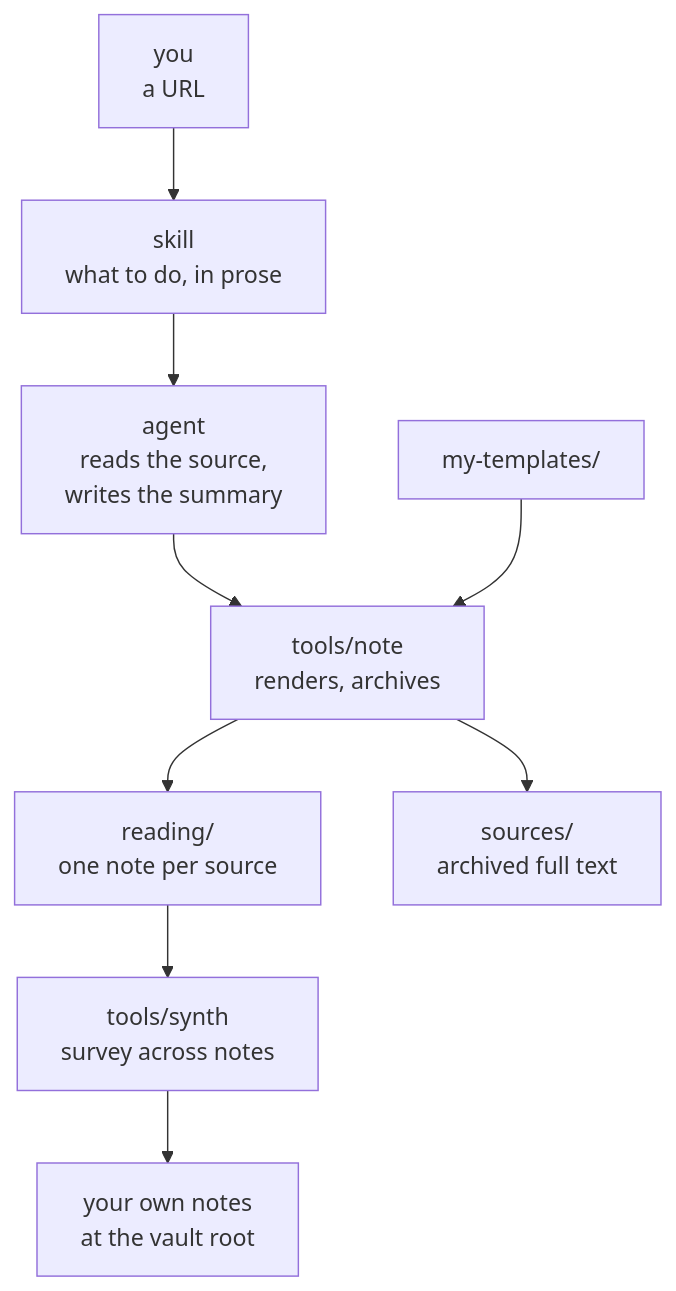
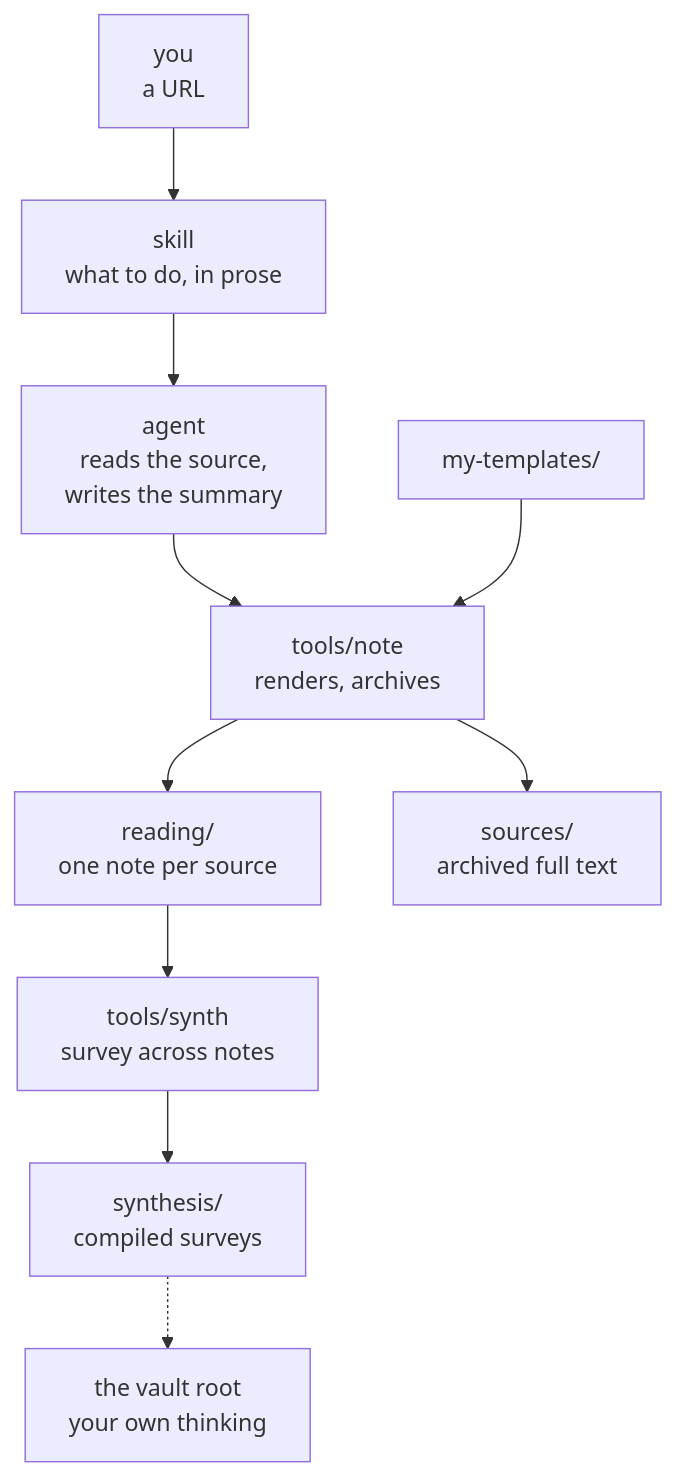
One commit to jstonge/tales-from-the-agent-loop changed the diagram in README.md. Above: the diagram before and after it, drawn with Mermaid. The commit also changed other lines of this file and 7 other files, not shown here.

First line of the commit message:
Move compiled surveys into synthesis/, keep the root for thinking

````diff
--- a/README.md
+++ b/README.md
@@ -43,11 +43,12 @@
 ```mermaid
 flowchart TD
     you["you<br/>a URL"] --> skill["skill<br/>what to do, in prose"]
     skill --> agent["agent<br/>reads the source,<br/>writes the summary"]
     agent --> note["tools/note<br/>renders, archives"]
     tpl["my-templates/"] --> note
     note --> reading["reading/<br/>one note per source"]
     note --> sources["sources/<br/>archived full text"]
     reading --> synth["tools/synth<br/>survey across notes"]
-    synth --> root["your own notes<br/>at the vault root"]
+    synth --> surveys["synthesis/<br/>compiled surveys"]
+    surveys -.-> root["the vault root<br/>your own thinking"]
 ```
````
